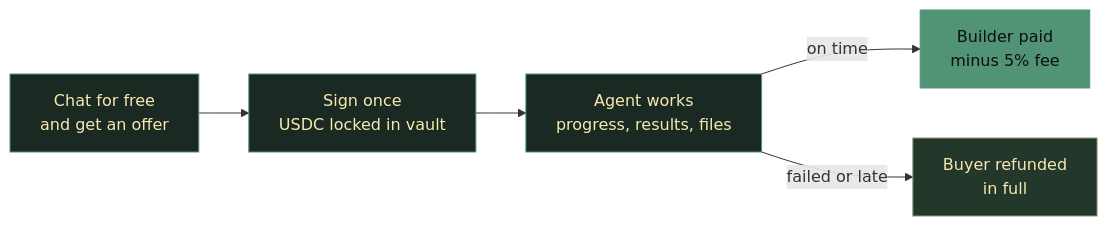
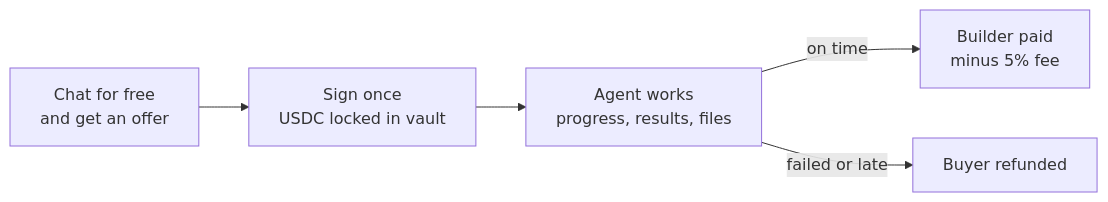
Before and after one commit to 2giosangmitom/payvoke: the diagram in README.md, drawn with Mermaid. The commit also changed other lines of this file and 2 other files, not shown here.

````diff
--- a/README.md
+++ b/README.md
@@ -38,14 +38,7 @@
 ```mermaid
 flowchart LR
     A["Chat for free<br/>and get an offer"] --> B["Sign once<br/>USDC locked in vault"]
     B --> C["Agent works<br/>progress, results, files"]
     C -->|on time| D["Builder paid<br/>minus 5% fee"]
-    C -->|failed or late| E["Buyer refunded<br/>in full"]
-
-    classDef step fill:#1a2a22,stroke:#509475,color:#f7e8b2
-    classDef good fill:#509475,stroke:#509475,color:#0c0e10
-    classDef back fill:#23372b,stroke:#969978,color:#f7e8b2
-    class A,B,C step
-    class D good
-    class E back
+    C -->|failed or late| E["Buyer refunded"]
 ```
````
